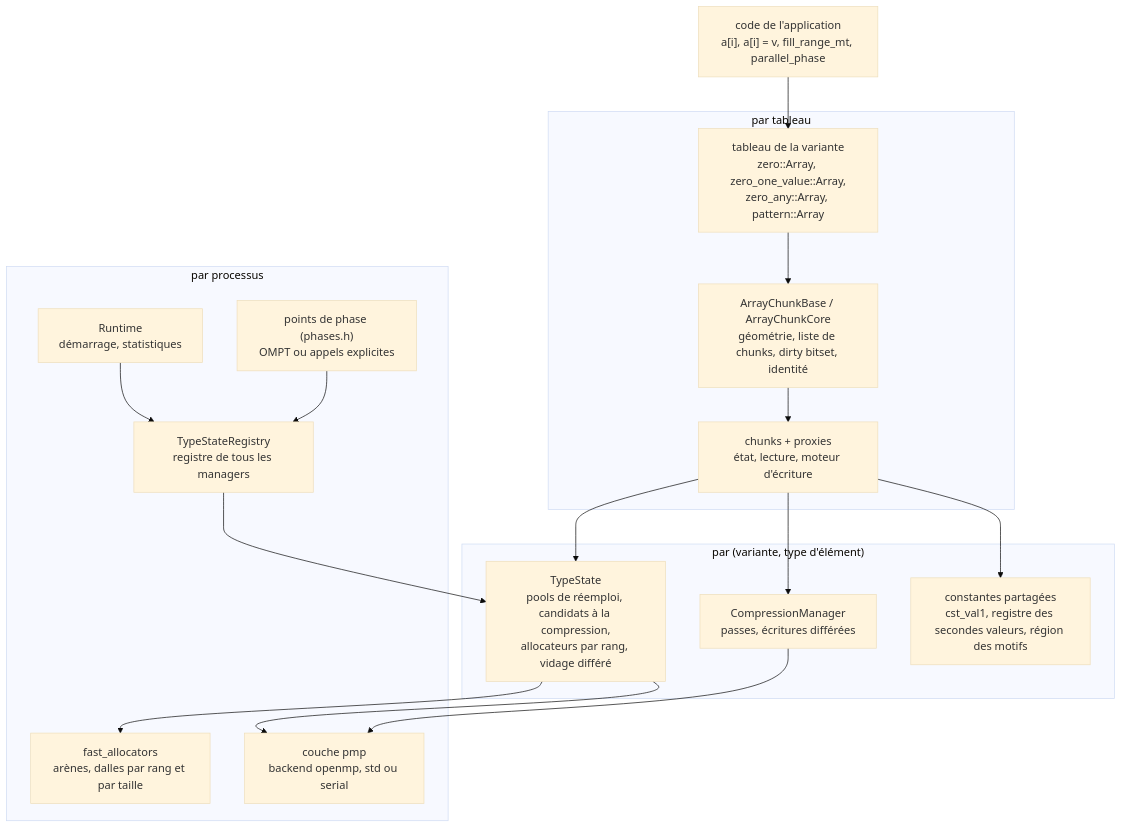
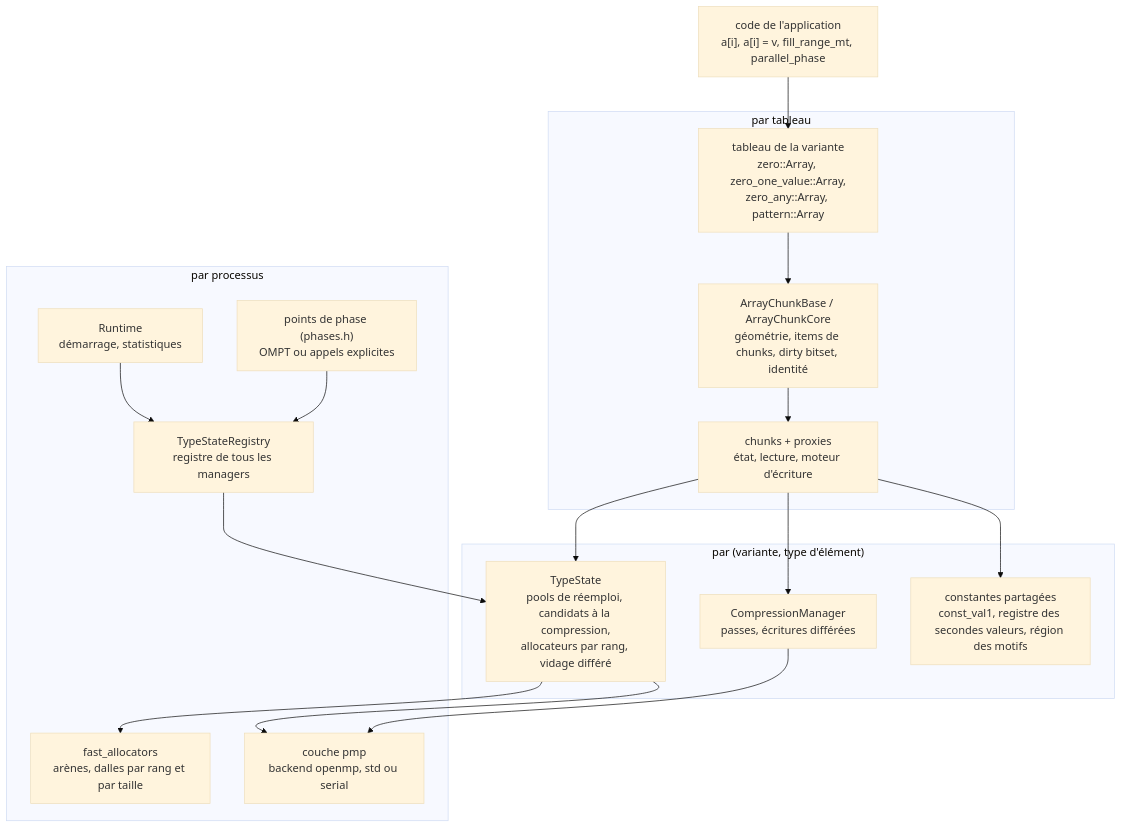
One commit to cea-hpc/shrink-array changed the second of 3 diagrams in docs/conception_fr.md. Above: the diagram before and after it, drawn with Mermaid (base theme). The commit also changed other lines of this file and 244 other files, not shown here.

````diff
--- a/docs/conception_fr.md
+++ b/docs/conception_fr.md
@@ -74,31 +74,31 @@
 ```mermaid
 flowchart TB
     app["code de l'application<br/>a[i], a[i] = v, fill_range_mt, parallel_phase"]
     subgraph per_array["par tableau"]
         arr["tableau de la variante<br/>zero::Array, zero_one_value::Array,<br/>zero_any::Array, pattern::Array"]
-        base["ArrayChunkBase / ArrayChunkCore<br/>géométrie, liste de chunks, dirty bitset, identité"]
+        base["ArrayChunkBase / ArrayChunkCore<br/>géométrie, items de chunks, dirty bitset, identité"]
         chk["chunks + proxies<br/>état, lecture, moteur d'écriture"]
     end
     subgraph per_type["par (variante, type d'élément)"]
         mgr["TypeState<br/>pools de réemploi, candidats à la compression,<br/>allocateurs par rang, vidage différé"]
         cmp["CompressionManager<br/>passes, écritures différées"]
-        reg["constantes partagées<br/>cst_val1, registre des secondes valeurs, région des motifs"]
+        reg["constantes partagées<br/>const_val1, registre des secondes valeurs, région des motifs"]
     end
     subgraph per_process["par processus"]
         all["TypeStateRegistry<br/>registre de tous les managers"]
         par["Runtime<br/>démarrage, statistiques"]
         phase["points de phase (phases.h)<br/>OMPT ou appels explicites"]
         pmp["couche pmp<br/>backend openmp, std ou serial"]
         fa["fast_allocators<br/>arènes, dalles par rang et par taille"]
     end
     app --> arr --> base --> chk
     chk --> mgr
     chk --> cmp
     chk --> reg
     mgr --> fa
     all --> mgr
     par --> all
     phase --> all
     cmp --> pmp
     mgr --> pmp
 ```
````
